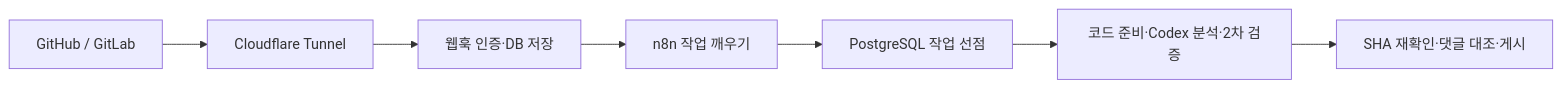
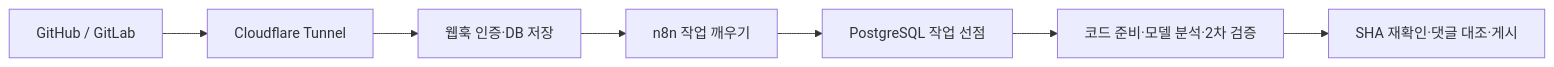
The diagram in README.md (thisis-joe/codereviewbot), drawn with Mermaid before and after one commit. The commit also changed other lines of this file and 10 other files, not shown here.

First line of the commit message:
feat(runner): choose Codex or Claude Code as the review engine

````diff
--- a/README.md
+++ b/README.md
@@ -41,9 +41,9 @@
 ```mermaid
 flowchart LR
   Git[GitHub / GitLab] --> Tunnel[Cloudflare Tunnel]
   Tunnel --> API[웹훅 인증·DB 저장]
   API --> N8N[n8n 작업 깨우기]
   N8N --> Queue[PostgreSQL 작업 선점]
-  Queue --> Review[코드 준비·Codex 분석·2차 검증]
+  Queue --> Review[코드 준비·모델 분석·2차 검증]
   Review --> Publish[SHA 재확인·댓글 대조·게시]
 ```
````
